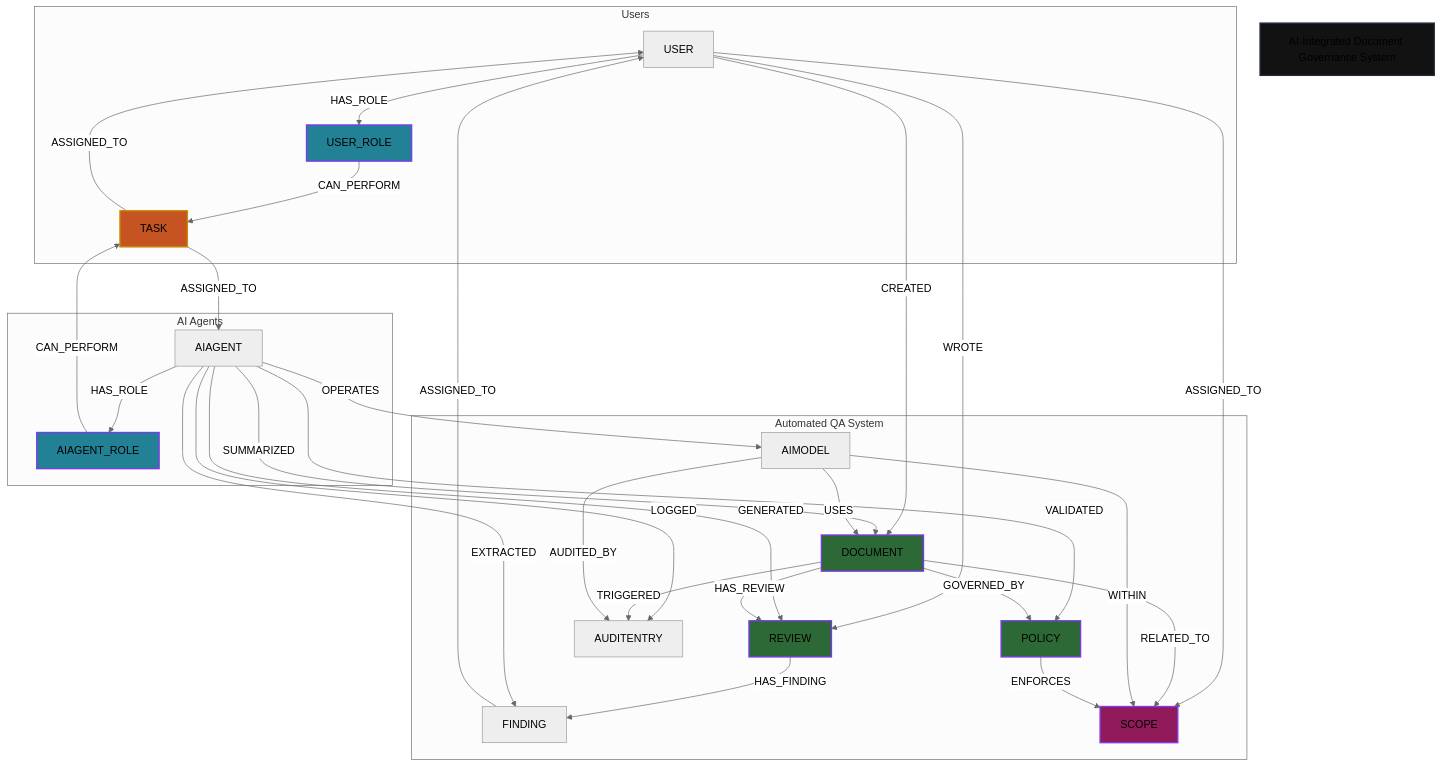
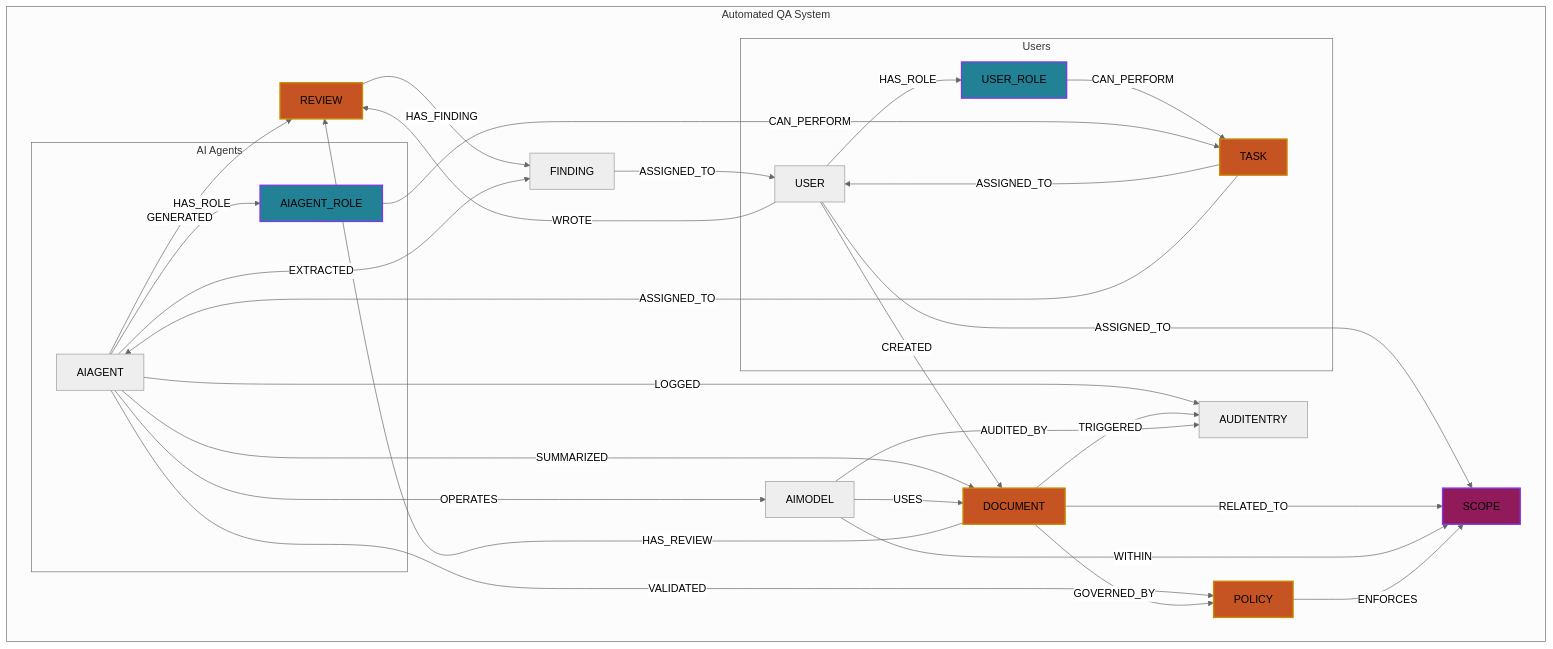
One commit to RudyMartin/genai-specs changed the diagram in charts-v2-users.md. Above: the diagram before and after it, drawn with Mermaid (neutral theme). The commit also changed other lines of this file, not shown here.

````diff
--- a/charts-v2-users.md
+++ b/charts-v2-users.md
@@ -1,75 +4,80 @@
 ```mermaid
 graph TD
 
-  %% === TITLE ===
-  TITLE[AI-Integrated Document Governance System]
 
 
-  %% === USER AREA ===
-  subgraph Users
-    USER[USER]
-    USER_ROLE[USER_ROLE]
-    USER -->|HAS_ROLE| USER_ROLE
-    USER_ROLE -->|CAN_PERFORM| TASK
-    TASK -->|ASSIGNED_TO| USER
-  end
 
-  %% === AI AGENT AREA ===
-  subgraph AI Agents
-    AIAGENT[AIAGENT]
-    AIAGENT_ROLE[AIAGENT_ROLE]
-    AIAGENT -->|HAS_ROLE| AIAGENT_ROLE
-    AIAGENT_ROLE -->|CAN_PERFORM| TASK
-    TASK -->|ASSIGNED_TO| AIAGENT
-  end
+
+
 
   %% === DOMAIN AREA ===
   subgraph Automated QA System
     DOCUMENT[DOCUMENT]
     REVIEW[REVIEW]
     FINDING[FINDING]
     SCOPE[SCOPE]
     POLICY[POLICY]
     AUDITENTRY[AUDITENTRY]
     AIMODEL[AIMODEL]
 
     USER -->|CREATED| DOCUMENT
     USER -->|WROTE| REVIEW
     REVIEW -->|HAS_FINDING| FINDING
     FINDING -->|ASSIGNED_TO| USER
     USER -->|ASSIGNED_TO| SCOPE
 
     AIAGENT -->|GENERATED| REVIEW
     AIAGENT -->|SUMMARIZED| DOCUMENT
     AIAGENT -->|EXTRACTED| FINDING
     AIAGENT -->|VALIDATED| POLICY
     AIAGENT -->|LOGGED| AUDITENTRY
     AIAGENT -->|OPERATES| AIMODEL
 
     DOCUMENT -->|HAS_REVIEW| REVIEW
     DOCUMENT -->|RELATED_TO| SCOPE
     DOCUMENT -->|GOVERNED_BY| POLICY
     DOCUMENT -->|TRIGGERED| AUDITENTRY
 
     AIMODEL -->|USES| DOCUMENT
     AIMODEL -->|WITHIN| SCOPE
     AIMODEL -->|AUDITED_BY| AUDITENTRY
 
     POLICY -->|ENFORCES| SCOPE
+
+%% === USER AREA ===
+  subgraph Users
+    USER[USER]
+    USER_ROLE[USER_ROLE]
+    USER -->|HAS_ROLE| USER_ROLE
+    USER_ROLE -->|CAN_PERFORM| TASK
+    TASK -->|ASSIGNED_TO| USER
   end
+
+  %% === AI AGENT AREA ===
+  subgraph AI Agents
+    AIAGENT[AIAGENT]
+    AIAGENT_ROLE[AIAGENT_ROLE]
+    AIAGENT -->|HAS_ROLE| AIAGENT_ROLE
+    AIAGENT_ROLE -->|CAN_PERFORM| TASK
+    TASK -->|ASSIGNED_TO| AIAGENT
+  end
+  end
+
+
+  
 
   %% === STYLE CLASSES ===
   classDef titleStyle fill:#121212,stroke:#1e293b,stroke-width:2px;
   classDef taskStyle fill:#C55422,stroke:#ca8a04,stroke-width:2px;
   classDef roleStyle fill:#238196,stroke:#7c3aed,stroke-width:2px;
   classDef documentStyle fill:#FFB400,stroke:#7c3aed,stroke-width:2px;
   classDef reviewStyle fill:#2C6937,stroke:#7c3aed,stroke-width:2px;
   classDef scopeStyle fill:#911A5B,stroke:#7c3aed,stroke-width:2px;
 
   %% === APPLY STYLES ===
   class TITLE titleStyle
   class TASK taskStyle
   class USER_ROLE,AIAGENT_ROLE roleStyle
-  class REVIEW,DOCUMENT,POLICY reviewStyle
+  class REVIEW,DOCUMENT,POLICY taskStyle
   class SCOPE scopeStyle
 ```
````
